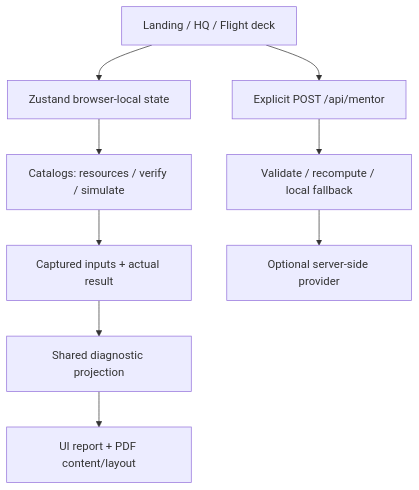
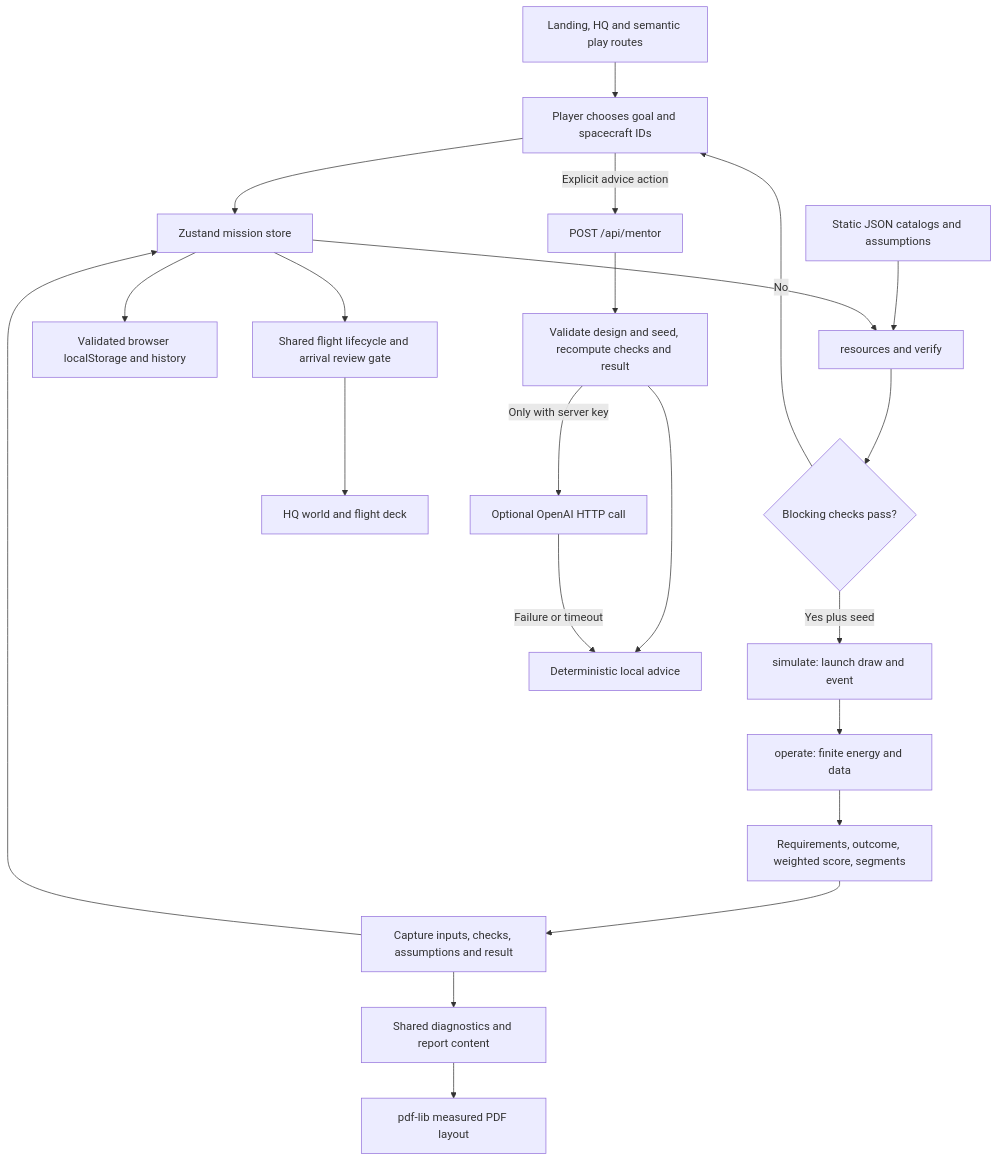
The diagram in README.md (ausafulislam/MissionX), drawn with Mermaid before and after one commit. The commit also changed other lines of this file and 3 other files, not shown here.

````diff
--- a/README.md
+++ b/README.md
@@ -114,11 +312,24 @@
 ```mermaid
 flowchart TD
-  UI[Landing / HQ / Flight deck] --> Store[Zustand browser-local state]
-  Store --> Engine[Catalogs: resources / verify / simulate]
-  Engine --> Snap[Captured inputs + actual result]
-  Snap --> Diag[Shared diagnostic projection]
-  Diag --> Review[UI report + PDF content/layout]
-  UI --> API[Explicit POST /api/mentor]
-  API --> Local[Validate / recompute / local fallback]
-  Local --> Optional[Optional server-side provider]
+  Entry[Landing, HQ and semantic play routes] --> UI[Player chooses goal and spacecraft IDs]
+  UI --> Store[Zustand mission store]
+  Data[Static JSON catalogs and assumptions] --> Budget[resources and verify]
+  Store --> Budget
+  Budget --> Ready{Blocking checks pass?}
+  Ready -->|No| UI
+  Ready -->|Yes plus seed| Sim[simulate: launch draw and event]
+  Sim --> Ops[operate: finite energy and data]
+  Ops --> Result[Requirements, outcome, weighted score, segments]
+  Result --> Snap[Capture inputs, checks, assumptions and result]
+  Snap --> Store
+  Store --> Save[Validated browser localStorage and history]
+  Store --> Playback[Shared flight lifecycle and arrival review gate]
+  Playback --> Views[HQ world and flight deck]
+  Snap --> Report[Shared diagnostics and report content]
+  Report --> PDF[pdf-lib measured PDF layout]
+  UI -->|Explicit advice action| API[POST /api/mentor]
+  API --> Recheck[Validate design and seed, recompute checks and result]
+  Recheck --> Local[Deterministic local advice]
+  Recheck -->|Only with server key| Remote[Optional OpenAI HTTP call]
+  Remote -->|Failure or timeout| Local
 ```
````
